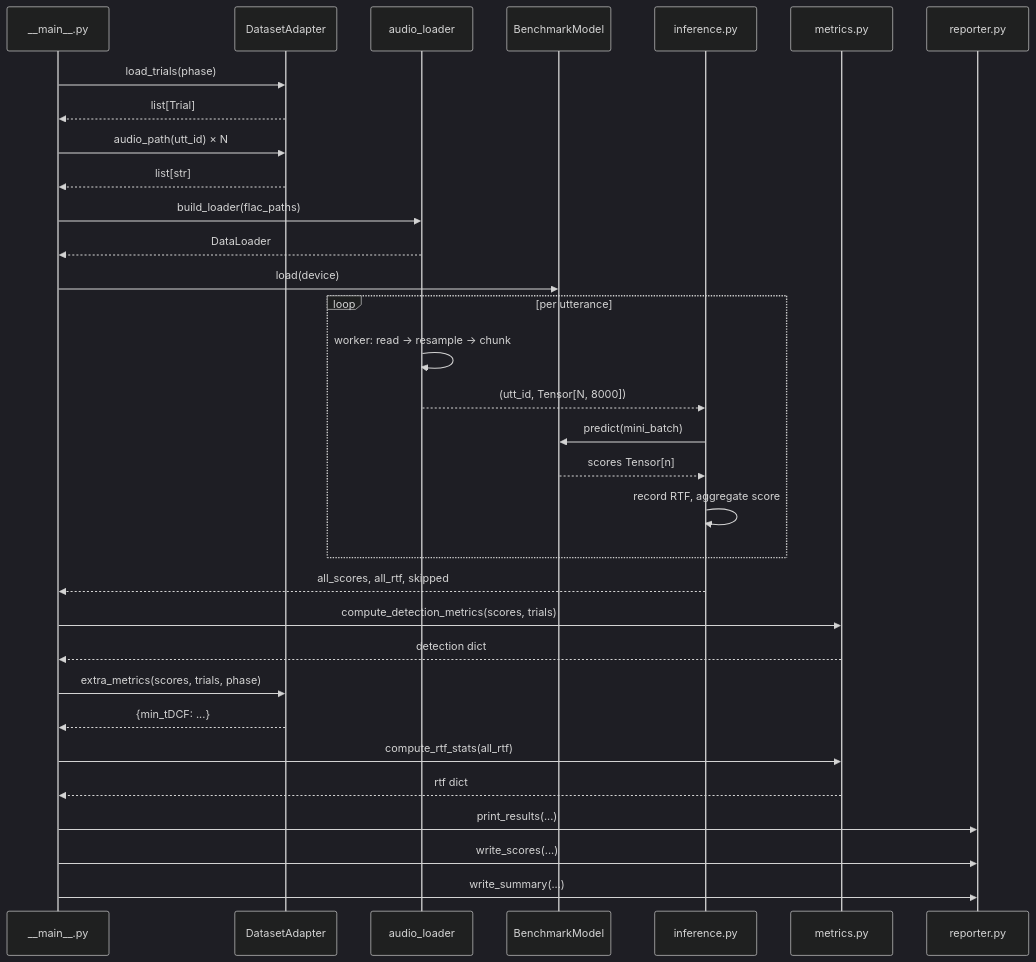
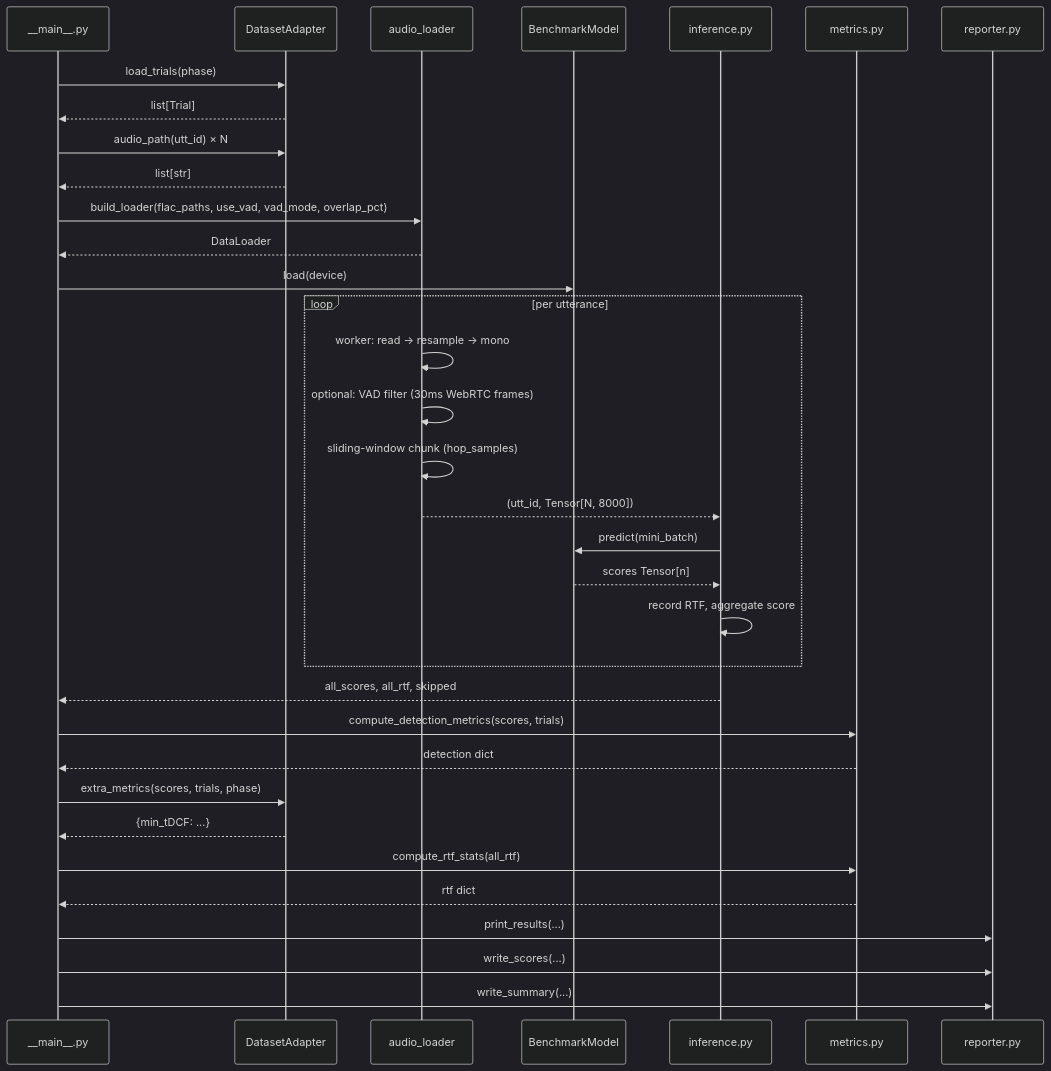
One commit to MeNMaHomies/filterpass changed the second of 2 diagrams in docs/architecture/benchmarking_pipeline.md. Above: the diagram before and after it, drawn with Mermaid (dark theme). The commit also changed other lines of this file and 15 other files, not shown here.

````diff
--- a/docs/architecture/benchmarking_pipeline.md
+++ b/docs/architecture/benchmarking_pipeline.md
@@ -153,44 +167,46 @@
 ```mermaid
 sequenceDiagram
     participant CLI as __main__.py
     participant DA as DatasetAdapter
     participant AL as audio_loader
     participant MA as BenchmarkModel
     participant INF as inference.py
     participant MET as metrics.py
     participant REP as reporter.py
 
     CLI->>DA: load_trials(phase)
     DA-->>CLI: list[Trial]
 
     CLI->>DA: audio_path(utt_id) × N
     DA-->>CLI: list[str]
 
-    CLI->>AL: build_loader(flac_paths)
+    CLI->>AL: build_loader(flac_paths, use_vad, vad_mode, overlap_pct)
     AL-->>CLI: DataLoader
 
     CLI->>MA: load(device)
 
     loop per utterance
-        AL->>AL: worker: read → resample → chunk
+        AL->>AL: worker: read → resample → mono
+        AL->>AL: optional: VAD filter (30ms WebRTC frames)
+        AL->>AL: sliding-window chunk (hop_samples)
         AL-->>INF: (utt_id, Tensor[N, 8000])
         INF->>MA: predict(mini_batch)
         MA-->>INF: scores Tensor[n]
         INF->>INF: record RTF, aggregate score
     end
 
     INF-->>CLI: all_scores, all_rtf, skipped
 
     CLI->>MET: compute_detection_metrics(scores, trials)
     MET-->>CLI: detection dict
 
     CLI->>DA: extra_metrics(scores, trials, phase)
     DA-->>CLI: {min_tDCF: ...}
 
     CLI->>MET: compute_rtf_stats(all_rtf)
     MET-->>CLI: rtf dict
 
     CLI->>REP: print_results(...)
     CLI->>REP: write_scores(...)
     CLI->>REP: write_summary(...)
 ```
````
